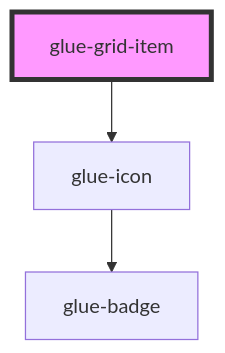
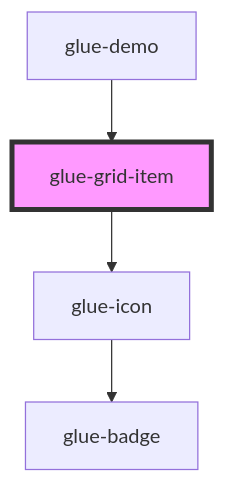
One commit to grasilife/glue changed the diagram in packages/glue-components/src/components/glue-grid-item/readme.md. Above: the diagram before and after it, drawn with Mermaid. The commit also changed other lines of this file and 15 other files, not shown here.

````diff
--- a/packages/glue-components/src/components/glue-grid-item/readme.md
+++ b/packages/glue-components/src/components/glue-grid-item/readme.md
@@ -34,6 +32,7 @@
 ```mermaid
 graph TD;
   glue-grid-item --> glue-icon
   glue-icon --> glue-badge
+  glue-demo --> glue-grid-item
   style glue-grid-item fill:#f9f,stroke:#333,stroke-width:4px
 ```
````
